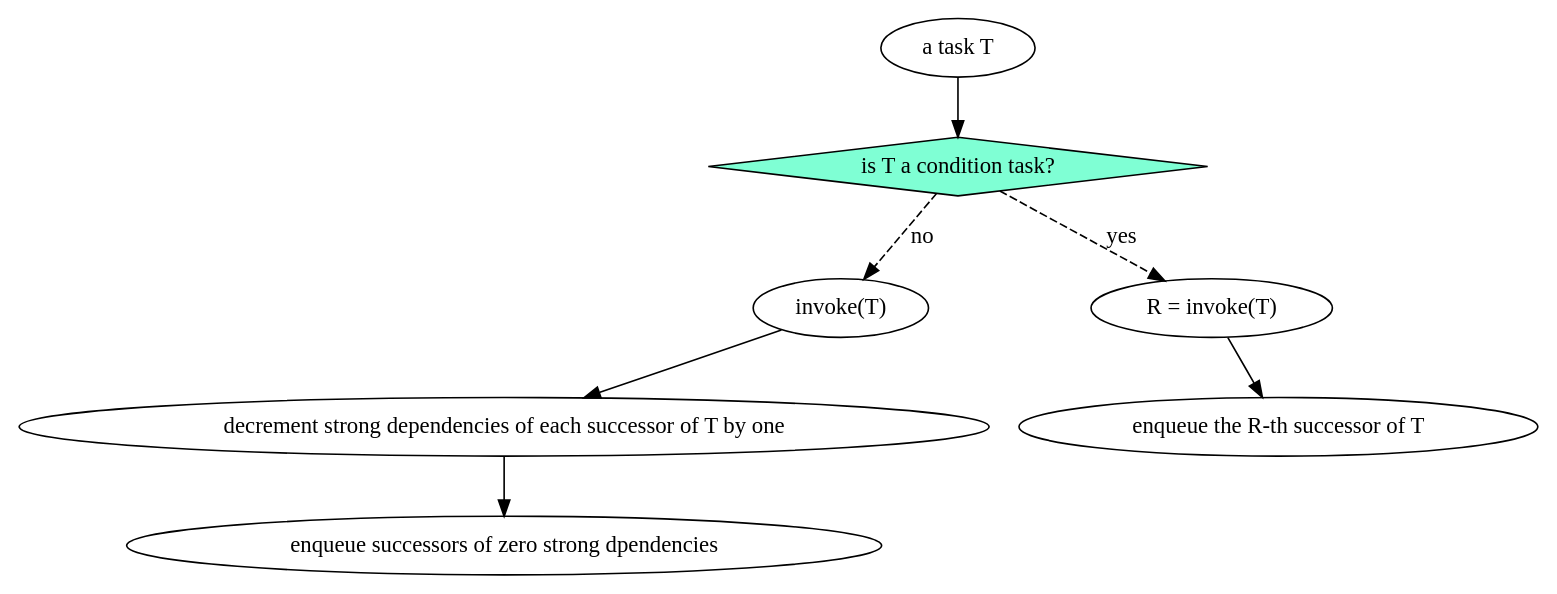
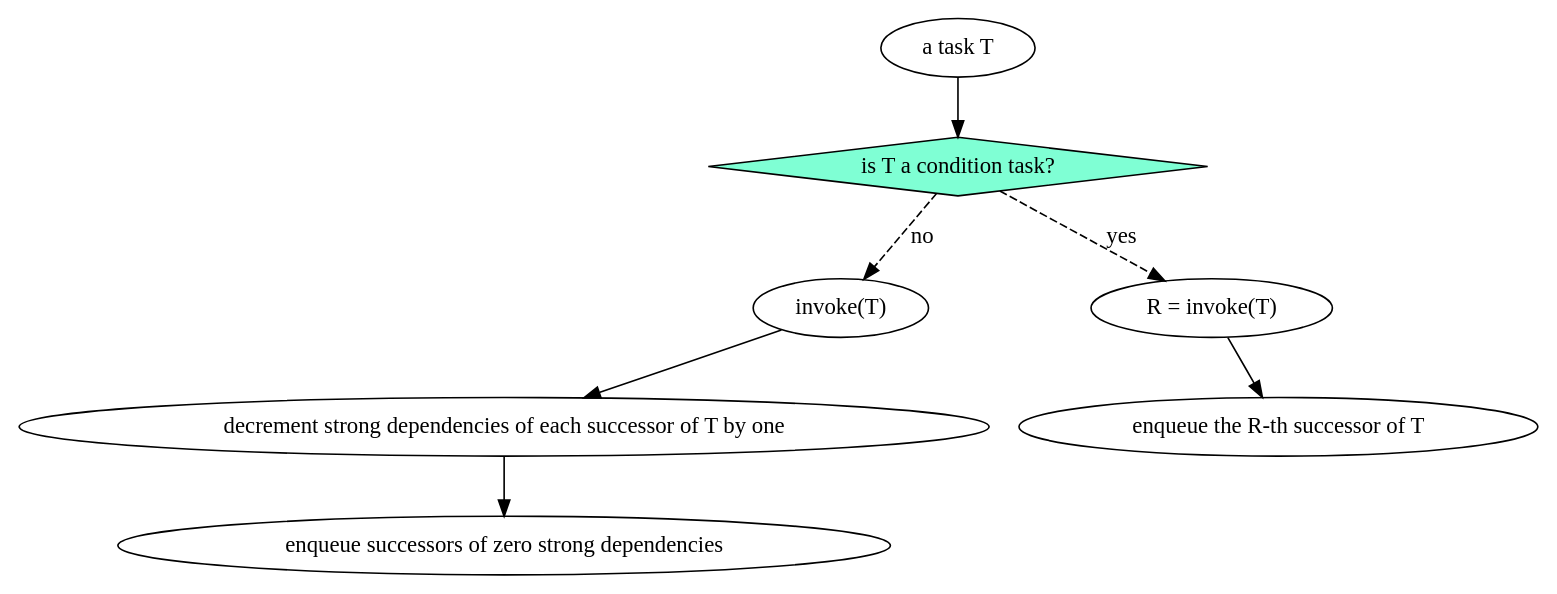
The diagram in docs/xml/task_level_scheduling.dot (Mapoet/taskflow), drawn with Graphviz before and after one commit. The commit also changed 543 other files, not shown here.

```diff
--- a/docs/xml/task_level_scheduling.dot
+++ b/docs/xml/task_level_scheduling.dot
@@ -1,15 +1,15 @@
 digraph G {
 atask [label="a task T"];
 cond [label="is T a condition task?" shape=diamond color=black fillcolor=aquamarine style=filled];
 atask->cond
 invokeN [label="invoke(T)"]
 invokeY [label="R = invoke(T)"]
 enqueueR [label="enqueue the R-th successor of T"]
 decrement [label="decrement strong dependencies of each successor of T by one"]
-enqueueS [label="enqueue successors of zero strong dpendencies"]
+enqueueS [label="enqueue successors of zero strong dependencies"]
 invokeN->decrement;
 decrement->enqueueS;
 invokeY->enqueueR;
 cond->invokeY[style=dashed,label="yes"];
 cond->invokeN[style=dashed,label="no"];
 }
```
